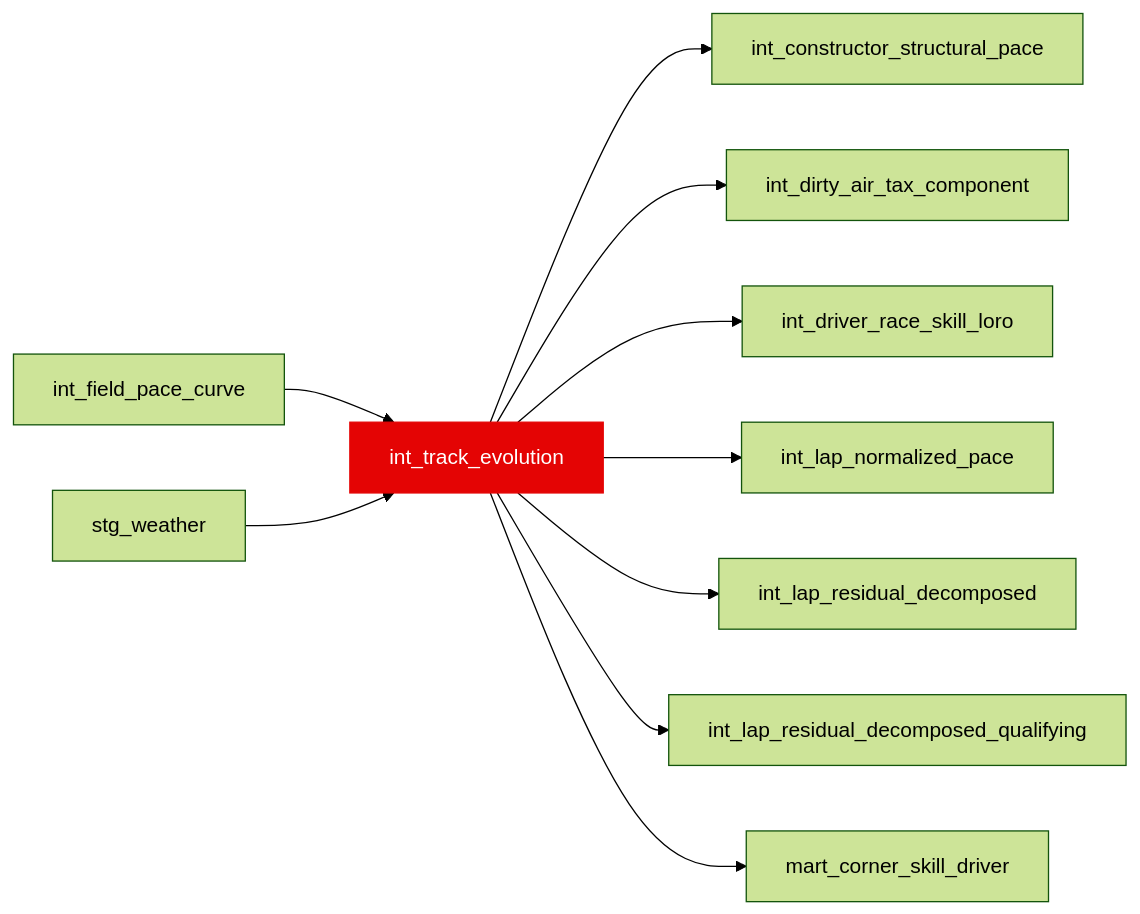
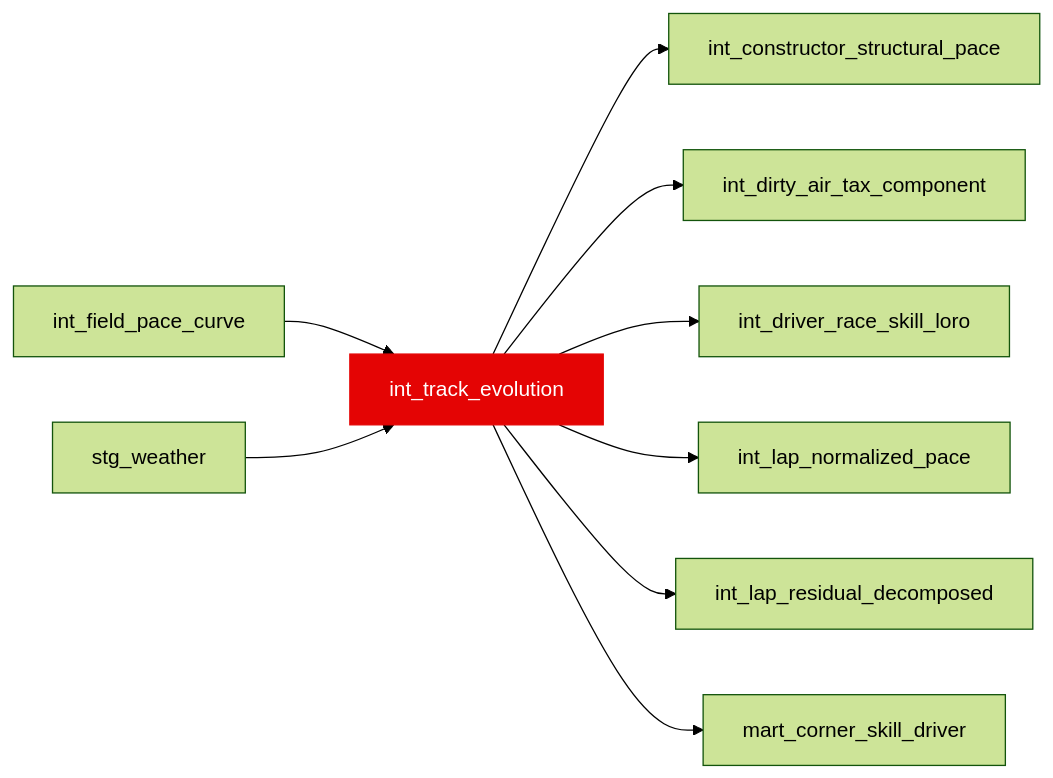
One commit to JustinClarke/off-the-pace changed the diagram in docs/reference/models/int/int_track_evolution.mdx. Above: the diagram before and after it, drawn with Mermaid (forest theme). The commit also changed 79 other files, not shown here.

````diff
--- a/docs/reference/models/int/int_track_evolution.mdx
+++ b/docs/reference/models/int/int_track_evolution.mdx
@@ -15,13 +15,12 @@
 ```mermaid
 flowchart LR
   int_field_pace_curve --> int_track_evolution
   stg_weather --> int_track_evolution
   int_track_evolution --> int_constructor_structural_pace
   int_track_evolution --> int_dirty_air_tax_component
   int_track_evolution --> int_driver_race_skill_loro
   int_track_evolution --> int_lap_normalized_pace
   int_track_evolution --> int_lap_residual_decomposed
-  int_track_evolution --> int_lap_residual_decomposed_qualifying
   int_track_evolution --> mart_corner_skill_driver
   style int_track_evolution fill:#e40404,stroke:#e40404,color:#fff
 ```
````
